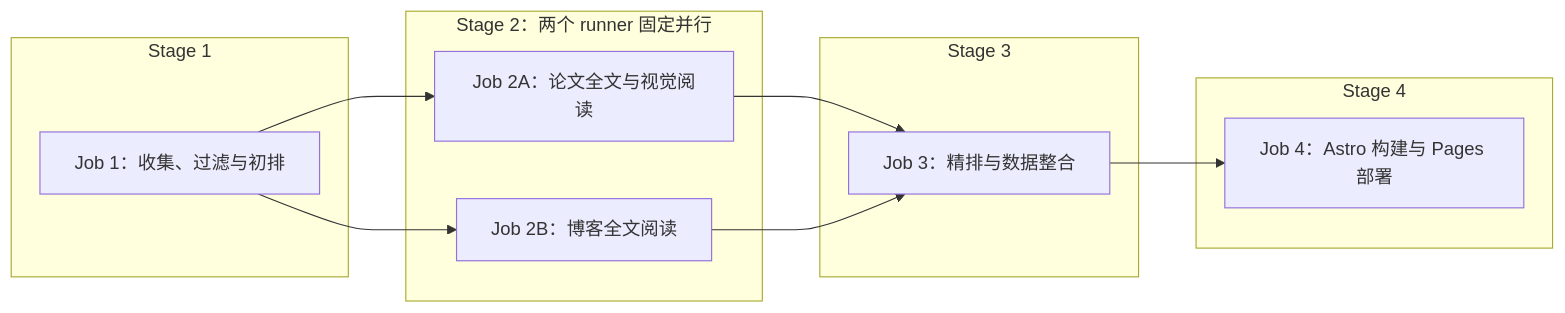
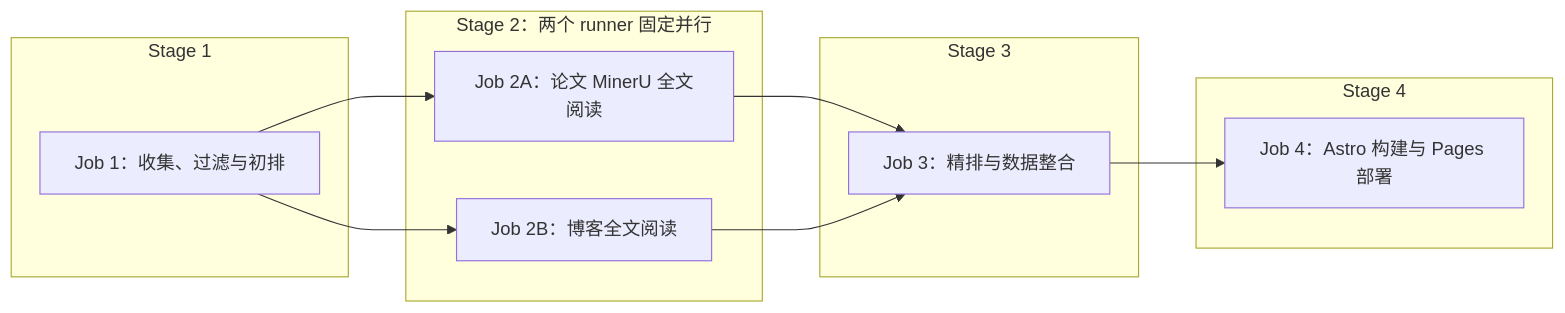
One commit to Bin-Zhang-hhht/rec-sys-daily changed the diagram in docs/superpowers/specs/2026-08-09-recsys-daily-design.md. Above: the diagram before and after it, drawn with Mermaid. The commit also changed other lines of this file and 36 other files, not shown here.

````diff
--- a/docs/superpowers/specs/2026-08-09-recsys-daily-design.md
+++ b/docs/superpowers/specs/2026-08-09-recsys-daily-design.md
@@ -351,22 +351,22 @@
 ```mermaid
 flowchart LR
-    A["Job 1：收集、过滤与初排"] --> B1["Job 2A：论文全文与视觉阅读"]
+    A["Job 1：收集、过滤与初排"] --> B1["Job 2A：论文 MinerU 全文阅读"]
     A --> B2["Job 2B：博客全文阅读"]
     B1 --> C["Job 3：精排与数据整合"]
     B2 --> C
     C --> D["Job 4：Astro 构建与 Pages 部署"]
 
     subgraph S1["Stage 1"]
       A
     end
     subgraph S2["Stage 2：两个 runner 固定并行"]
       B1
       B2
     end
     subgraph S3["Stage 3"]
       C
     end
     subgraph S4["Stage 4"]
       D
     end
 ```
````
